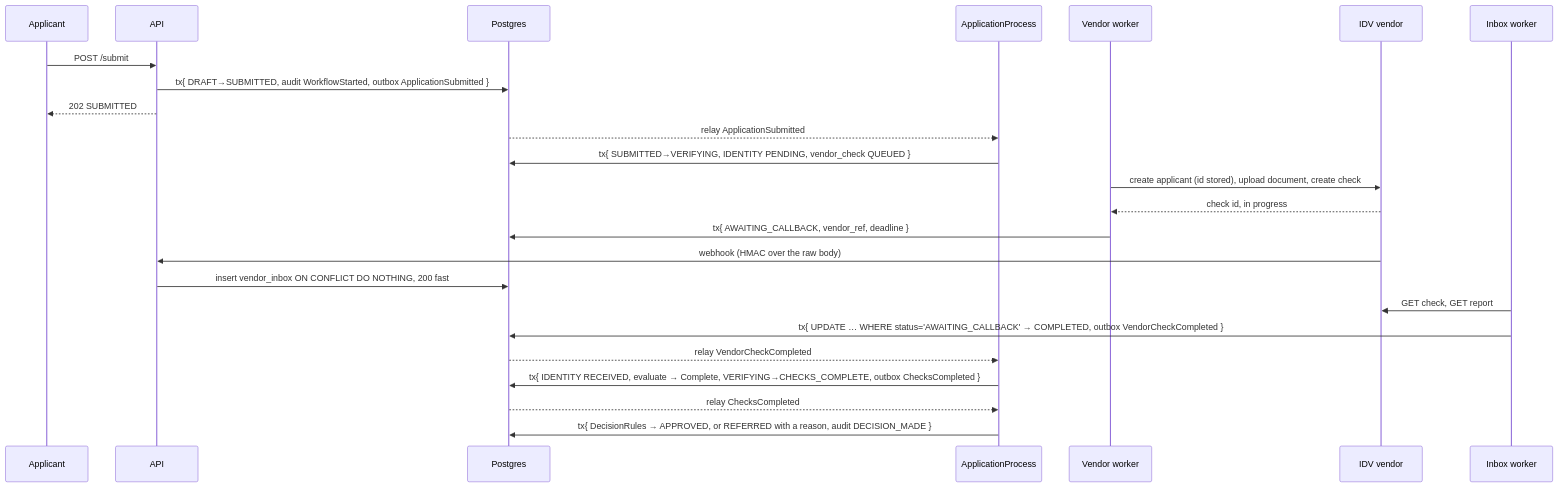
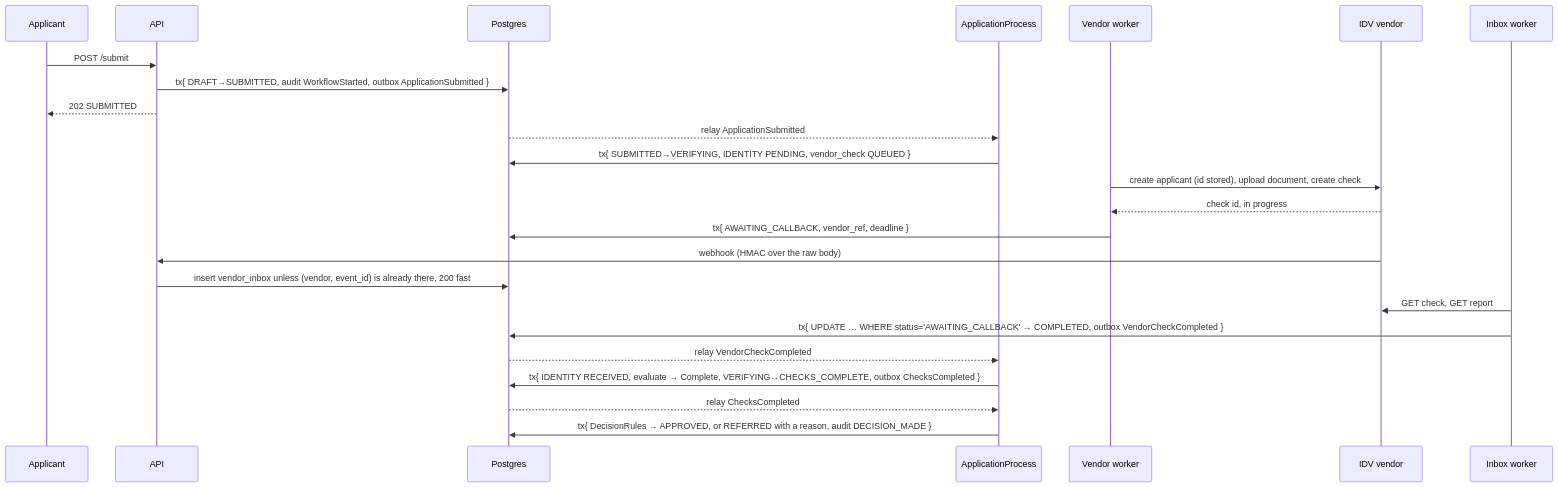
One commit to mettyoung/credit-card-system changed the seventh of 7 diagrams in README.md. Above: the diagram before and after it, drawn with Mermaid. The commit also changed 4 other files, not shown here.

````diff
--- a/README.md
+++ b/README.md
@@ -389,26 +389,26 @@
 ```mermaid
 sequenceDiagram
     participant C as Applicant
     participant API
     participant DB as Postgres
     participant P as ApplicationProcess
     participant VW as Vendor worker
     participant IDV as IDV vendor
     participant IW as Inbox worker
     C ->> API: POST /submit
     API ->> DB: tx{ DRAFT→SUBMITTED, audit WorkflowStarted, outbox ApplicationSubmitted }
     API -->> C: 202 SUBMITTED
     DB -->> P: relay ApplicationSubmitted
     P ->> DB: tx{ SUBMITTED→VERIFYING, IDENTITY PENDING, vendor_check QUEUED }
     VW ->> IDV: create applicant (id stored), upload document, create check
     IDV -->> VW: check id, in progress
     VW ->> DB: tx{ AWAITING_CALLBACK, vendor_ref, deadline }
     IDV ->> API: webhook (HMAC over the raw body)
-    API ->> DB: insert vendor_inbox ON CONFLICT DO NOTHING, 200 fast
+    API ->> DB: insert vendor_inbox unless (vendor, event_id) is already there, 200 fast
     IW ->> IDV: GET check, GET report
     IW ->> DB: tx{ UPDATE … WHERE status='AWAITING_CALLBACK' → COMPLETED, outbox VendorCheckCompleted }
     DB -->> P: relay VendorCheckCompleted
     P ->> DB: tx{ IDENTITY RECEIVED, evaluate → Complete, VERIFYING→CHECKS_COMPLETE, outbox ChecksCompleted }
     DB -->> P: relay ChecksCompleted
     P ->> DB: tx{ DecisionRules → APPROVED, or REFERRED with a reason, audit DECISION_MADE }
 ```
````
